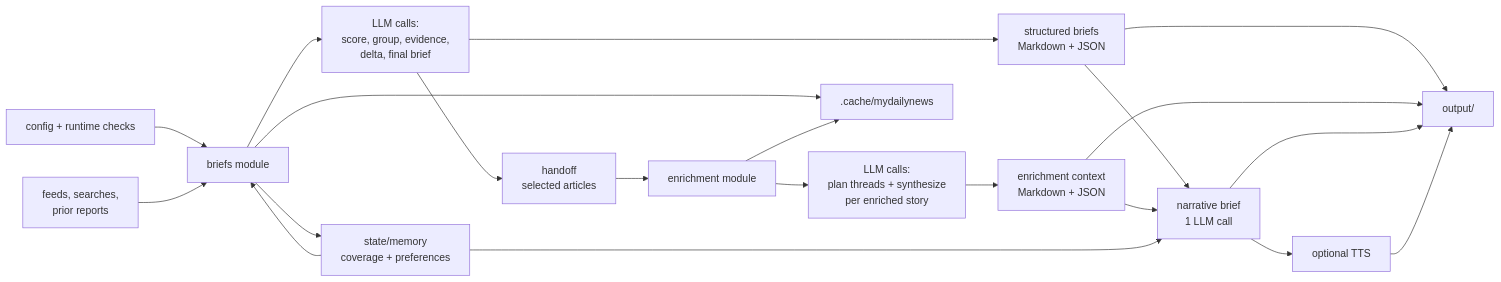
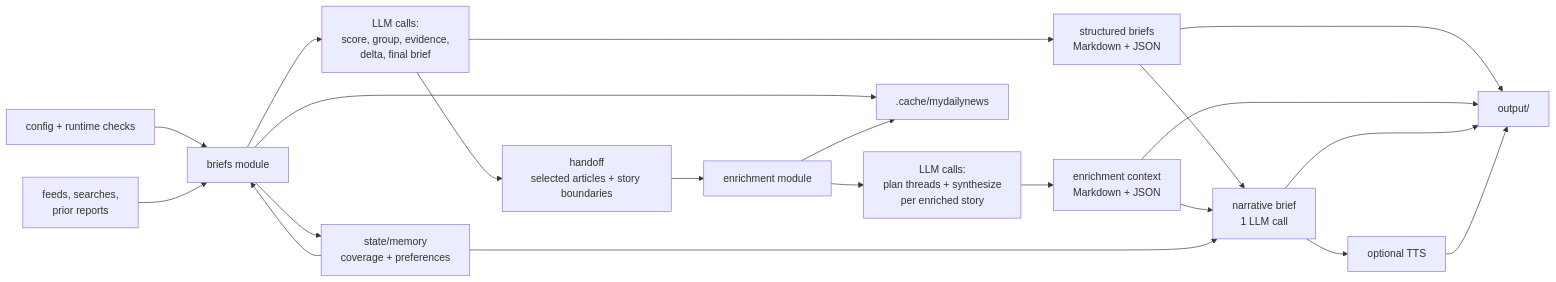
Before and after one commit to HorizonEngine24798/MyDailyNews: the first of 3 diagrams in docs/architecture.md, drawn with Mermaid. The commit also changed other lines of this file and 97 other files, not shown here.

````diff
--- a/docs/architecture.md
+++ b/docs/architecture.md
@@ -21,23 +21,23 @@
 ```mermaid
 flowchart LR
     CONFIG["config + runtime checks"] --> BRIEFS["briefs module"]
     SOURCES["feeds, searches,<br/>prior reports"] --> BRIEFS
     MEMORY["state/memory<br/>coverage + preferences"] --> BRIEFS
     BRIEFS --> BRIEF_CALLS["LLM calls:<br/>score, group, evidence,<br/>delta, final brief"]
     BRIEF_CALLS --> STRUCTURED["structured briefs<br/>Markdown + JSON"]
-    BRIEF_CALLS --> HANDOFF["handoff<br/>selected articles"]
+    BRIEF_CALLS --> HANDOFF["handoff<br/>selected articles + story boundaries"]
     HANDOFF --> ENRICH["enrichment module"]
     ENRICH --> ENRICH_CALLS["LLM calls:<br/>plan threads + synthesize<br/>per enriched story"]
     ENRICH_CALLS --> ENRICHED["enrichment context<br/>Markdown + JSON"]
     STRUCTURED --> NARRATIVE["narrative brief<br/>1 LLM call"]
     ENRICHED --> NARRATIVE
     MEMORY --> NARRATIVE
     NARRATIVE --> TTS["optional TTS"]
     STRUCTURED --> OUTPUT["output/"]
     ENRICHED --> OUTPUT
     NARRATIVE --> OUTPUT
     TTS --> OUTPUT
     BRIEFS --> MEMORY
     BRIEFS --> CACHE[".cache/mydailynews"]
     ENRICH --> CACHE
 ```
````
